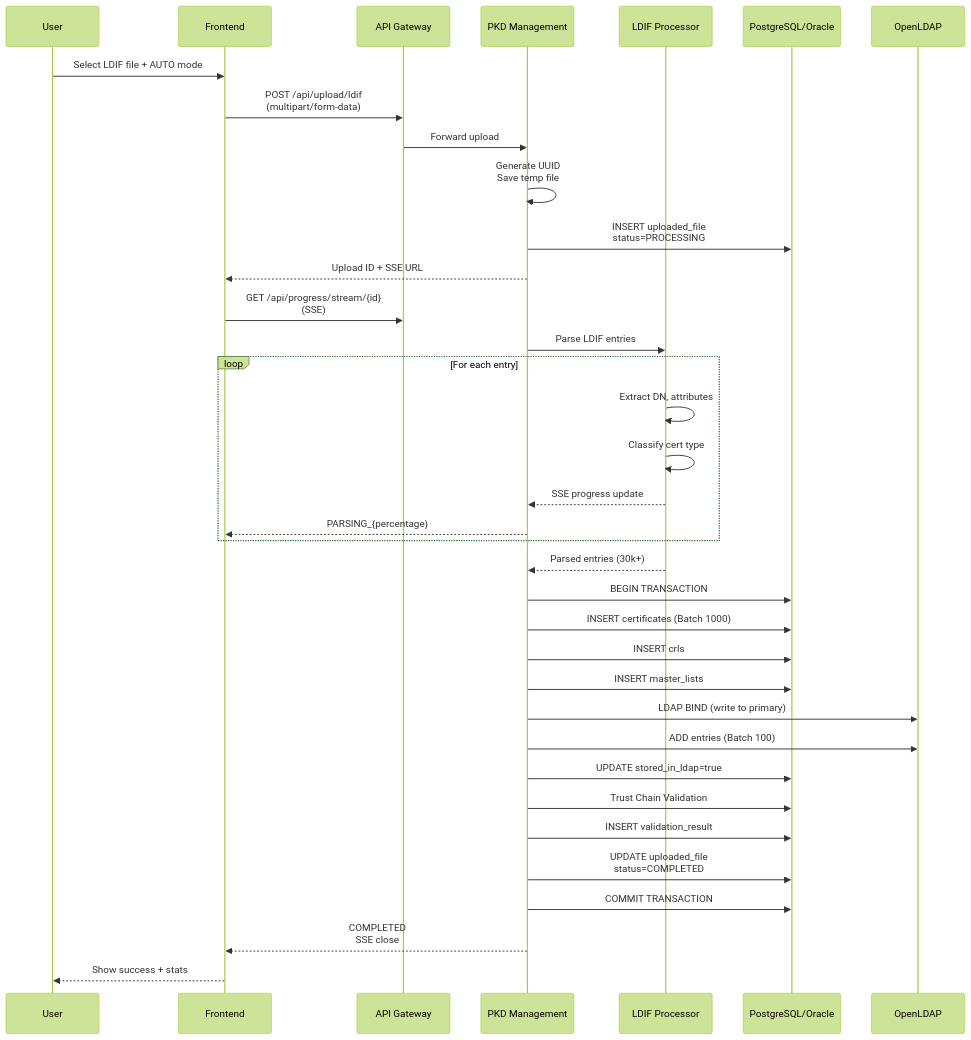
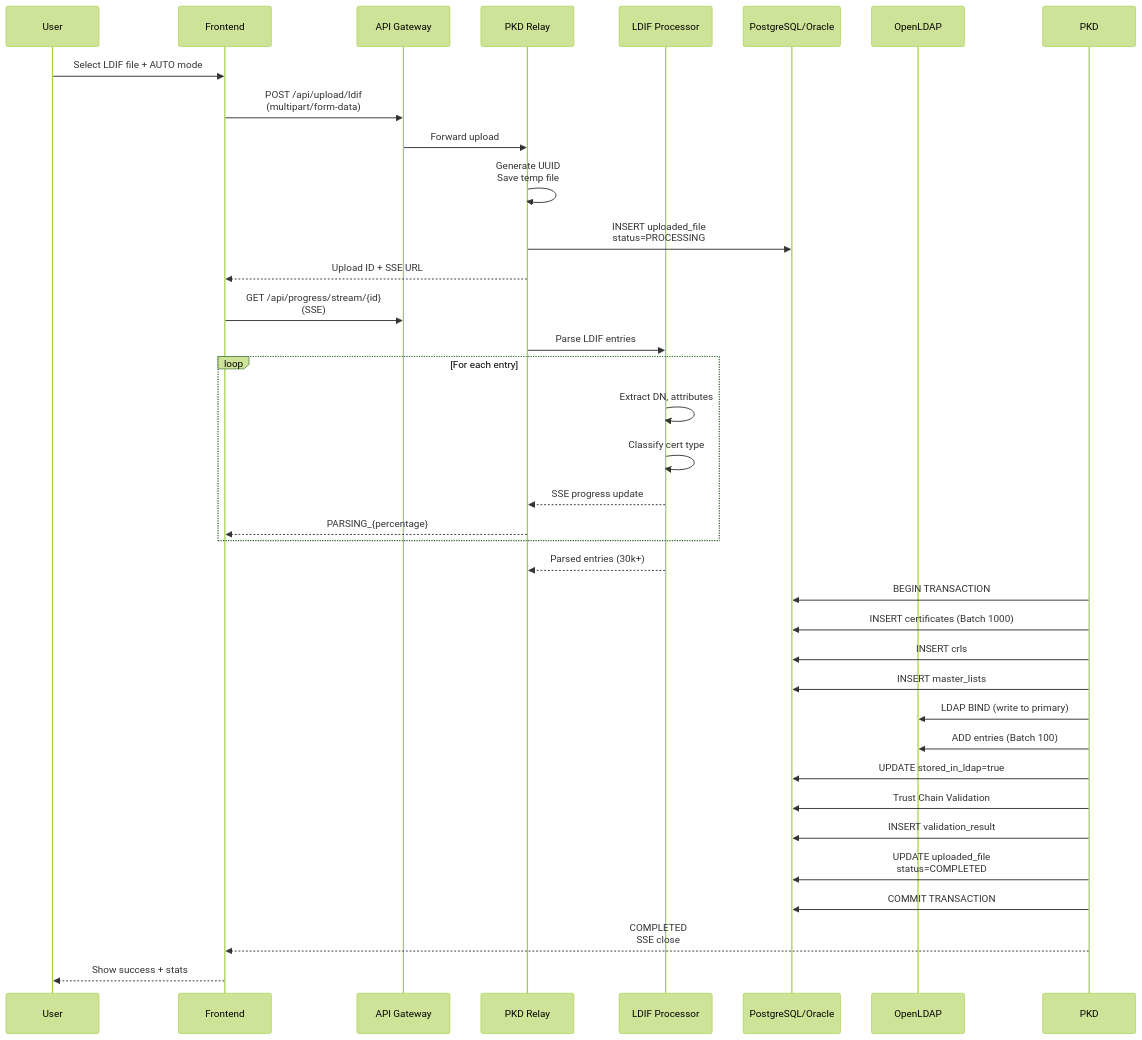
One commit to iland112/icao-local-pkd-cpp changed diagram 12 of 17 in docs/ARCHITECTURE.md. Above: the diagram before and after it, drawn with Mermaid (forest theme). The commit also changed other lines of this file and 6 other files, not shown here.

````diff
--- a/docs/ARCHITECTURE.md
+++ b/docs/ARCHITECTURE.md
@@ -1245,48 +1221,48 @@
 ```mermaid
 sequenceDiagram
     participant User
     participant Frontend
     participant Gateway as API Gateway
-    participant PKD as PKD Management
+    participant Relay as PKD Relay
     participant LDIF as LDIF Processor
     participant DB as PostgreSQL/Oracle
     participant LDAP as OpenLDAP
 
     User->>Frontend: Select LDIF file + AUTO mode
     Frontend->>Gateway: POST /api/upload/ldif<br/>(multipart/form-data)
-    Gateway->>PKD: Forward upload
+    Gateway->>Relay: Forward upload
 
-    PKD->>PKD: Generate UUID<br/>Save temp file
-    PKD->>DB: INSERT uploaded_file<br/>status=PROCESSING
-    PKD-->>Frontend: Upload ID + SSE URL
+    Relay->>Relay: Generate UUID<br/>Save temp file
+    Relay->>DB: INSERT uploaded_file<br/>status=PROCESSING
+    Relay-->>Frontend: Upload ID + SSE URL
 
     Frontend->>Gateway: GET /api/progress/stream/{id}<br/>(SSE)
 
-    PKD->>LDIF: Parse LDIF entries
+    Relay->>LDIF: Parse LDIF entries
     loop For each entry
         LDIF->>LDIF: Extract DN, attributes
         LDIF->>LDIF: Classify cert type
-        LDIF-->>PKD: SSE progress update
-        PKD-->>Frontend: PARSING_{percentage}
+        LDIF-->>Relay: SSE progress update
+        Relay-->>Frontend: PARSING_{percentage}
     end
 
-    LDIF-->>PKD: Parsed entries (30k+)
+    LDIF-->>Relay: Parsed entries (30k+)
 
     PKD->>DB: BEGIN TRANSACTION
     PKD->>DB: INSERT certificates (Batch 1000)
     PKD->>DB: INSERT crls
     PKD->>DB: INSERT master_lists
 
     PKD->>LDAP: LDAP BIND (write to primary)
     PKD->>LDAP: ADD entries (Batch 100)
     PKD->>DB: UPDATE stored_in_ldap=true
 
     PKD->>DB: Trust Chain Validation
     PKD->>DB: INSERT validation_result
 
     PKD->>DB: UPDATE uploaded_file<br/>status=COMPLETED
     PKD->>DB: COMMIT TRANSACTION
 
     PKD-->>Frontend: COMPLETED<br/>SSE close
     Frontend-->>User: Show success + stats
 ```
````
